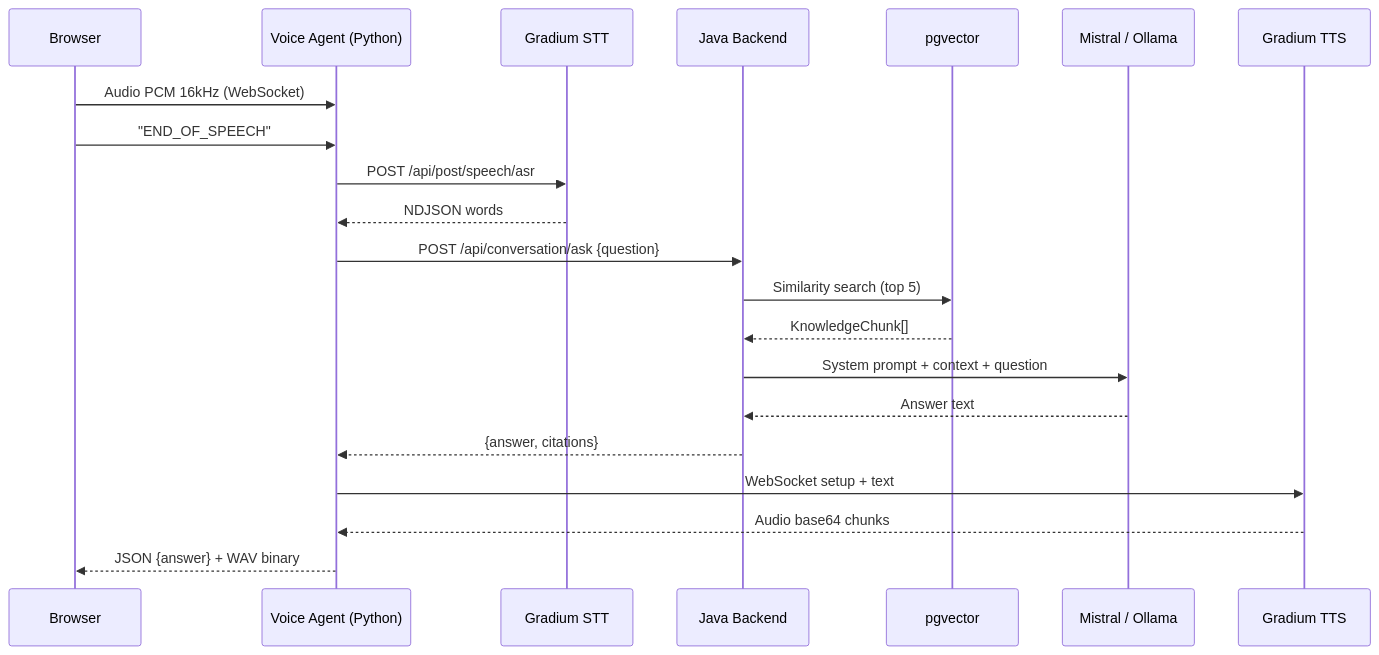
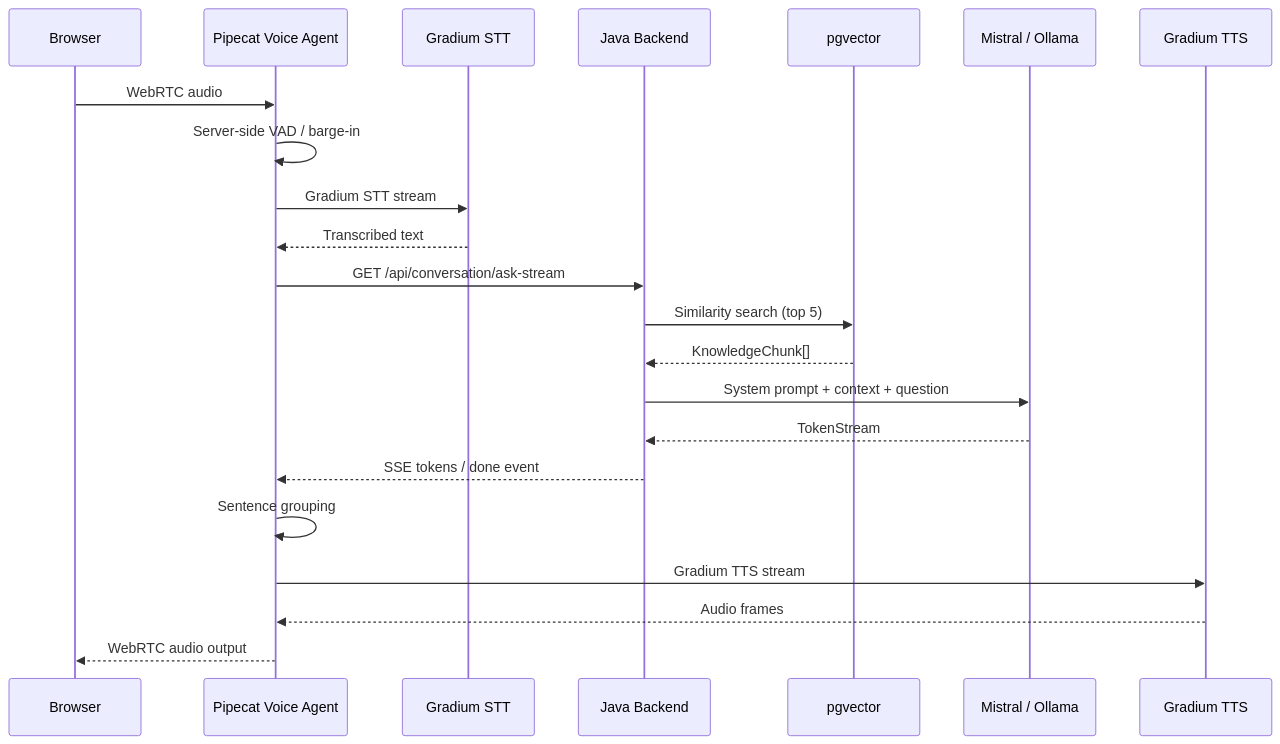
One commit to tgrimaud/V2V changed the second of 2 diagrams in README.md. Above: the diagram before and after it, drawn with Mermaid. The commit also changed other lines of this file and 6 other files, not shown here.

````diff
--- a/README.md
+++ b/README.md
@@ -254,24 +254,25 @@
 ```mermaid
 sequenceDiagram
     participant B as Browser
-    participant VA as Voice Agent (Python)
+    participant P as Pipecat Voice Agent
     participant STT as Gradium STT
     participant BE as Java Backend
     participant VS as pgvector
     participant LLM as Mistral / Ollama
     participant TTS as Gradium TTS
 
-    B->>VA: Audio PCM 16kHz (WebSocket)
-    B->>VA: "END_OF_SPEECH"
-    VA->>STT: POST /api/post/speech/asr
-    STT-->>VA: NDJSON words
-    VA->>BE: POST /api/conversation/ask {question}
+    B->>P: WebRTC audio
+    P->>P: Server-side VAD / barge-in
+    P->>STT: Gradium STT stream
+    STT-->>P: Transcribed text
+    P->>BE: GET /api/conversation/ask-stream
     BE->>VS: Similarity search (top 5)
     VS-->>BE: KnowledgeChunk[]
     BE->>LLM: System prompt + context + question
-    LLM-->>BE: Answer text
-    BE-->>VA: {answer, citations}
-    VA->>TTS: WebSocket setup + text
-    TTS-->>VA: Audio base64 chunks
-    VA-->>B: JSON {answer} + WAV binary
+    LLM-->>BE: TokenStream
+    BE-->>P: SSE tokens / done event
+    P->>P: Sentence grouping
+    P->>TTS: Gradium TTS stream
+    TTS-->>P: Audio frames
+    P-->>B: WebRTC audio output
 ```
````
